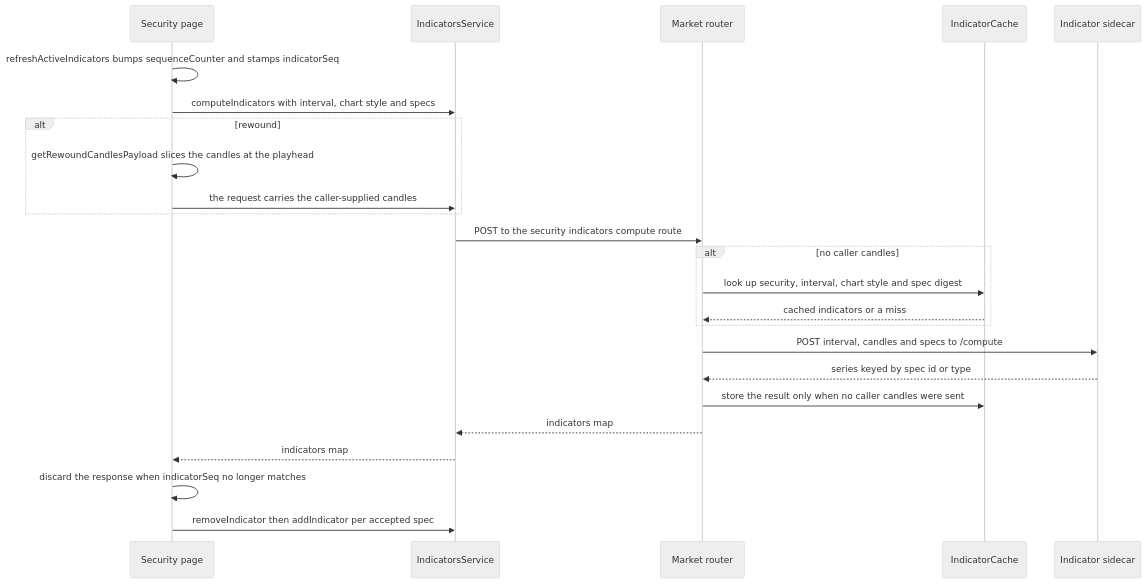
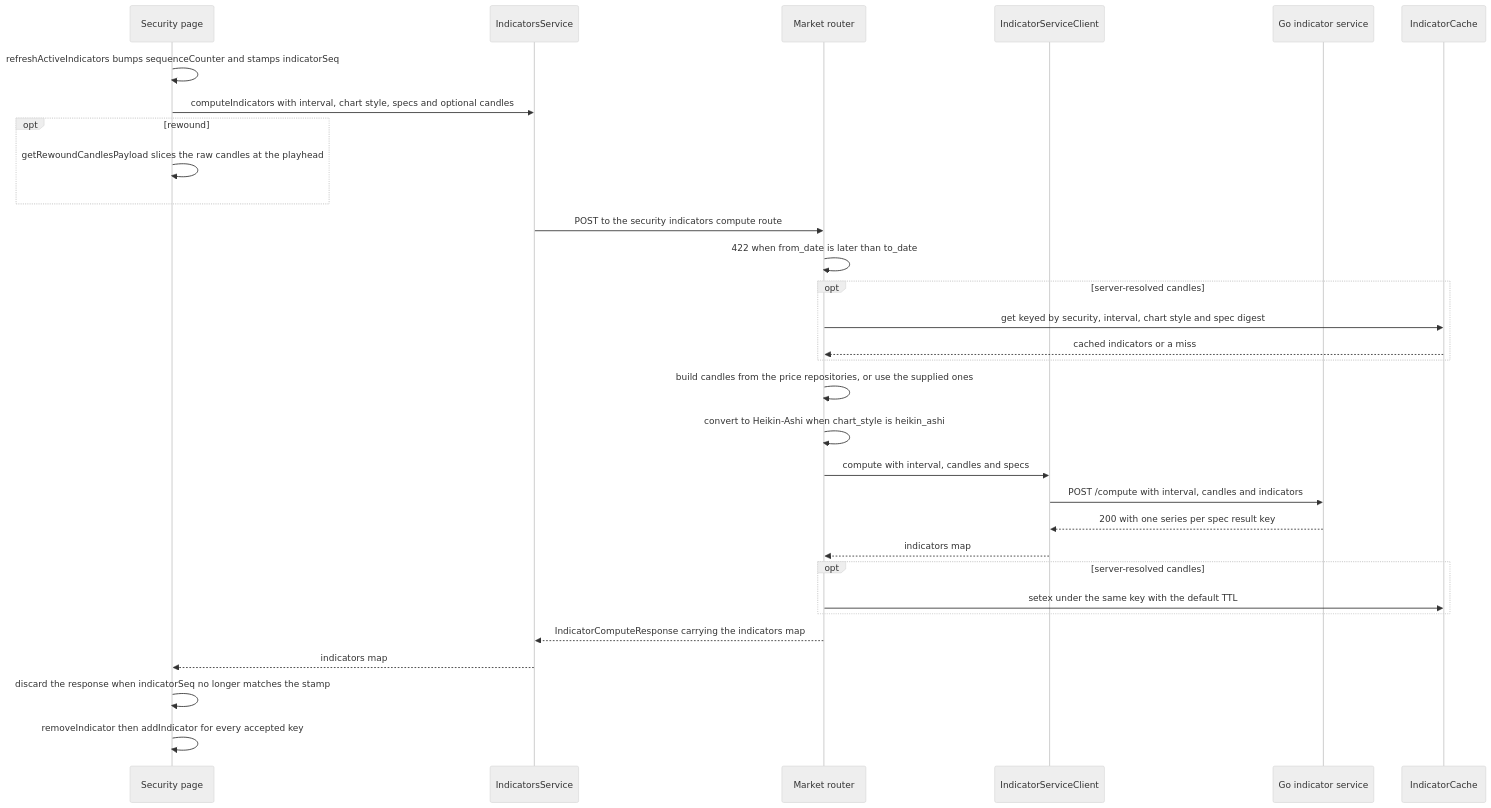
Before and after one commit to havekes/retail-portfolio: the third of 3 diagrams in openwiki/architecture/charting.md, drawn with Mermaid (neutral theme). The commit also changed other lines of this file and 57 other files, not shown here.

````diff
--- a/openwiki/architecture/charting.md
+++ b/openwiki/architecture/charting.md
@@ -355,27 +398,34 @@
 ```mermaid
 sequenceDiagram
     participant Page as Security page
     participant Api as IndicatorsService
     participant Router as Market router
+    participant Client as IndicatorServiceClient
+    participant Sidecar as Go indicator service
     participant Cache as IndicatorCache
-    participant Engine as Indicator sidecar
 
     Page->>Page: refreshActiveIndicators bumps sequenceCounter and stamps indicatorSeq
-    Page->>Api: computeIndicators with interval, chart style and specs
-    alt rewound
-        Page->>Page: getRewoundCandlesPayload slices the candles at the playhead
-        Page->>Api: the request carries the caller-supplied candles
+    Page->>Api: computeIndicators with interval, chart style, specs and optional candles
+    opt rewound
+        Page->>Page: getRewoundCandlesPayload slices the raw candles at the playhead
     end
     Api->>Router: POST to the security indicators compute route
-    alt no caller candles
-        Router->>Cache: look up security, interval, chart style and spec digest
+    Router->>Router: 422 when from_date is later than to_date
+    opt server-resolved candles
+        Router->>Cache: get keyed by security, interval, chart style and spec digest
         Cache-->>Router: cached indicators or a miss
     end
-    Router->>Engine: POST interval, candles and specs to /compute
-    Engine-->>Router: series keyed by spec id or type
-    Router->>Cache: store the result only when no caller candles were sent
-    Router-->>Api: indicators map
+    Router->>Router: build candles from the price repositories, or use the supplied ones
+    Router->>Router: convert to Heikin-Ashi when chart_style is heikin_ashi
+    Router->>Client: compute with interval, candles and specs
+    Client->>Sidecar: POST /compute with interval, candles and indicators
+    Sidecar-->>Client: 200 with one series per spec result key
+    Client-->>Router: indicators map
+    opt server-resolved candles
+        Router->>Cache: setex under the same key with the default TTL
+    end
+    Router-->>Api: IndicatorComputeResponse carrying the indicators map
     Api-->>Page: indicators map
-    Page->>Page: discard the response when indicatorSeq no longer matches
-    Page->>Api: removeIndicator then addIndicator per accepted spec
+    Page->>Page: discard the response when indicatorSeq no longer matches the stamp
+    Page->>Page: removeIndicator then addIndicator for every accepted key
 ```
````
